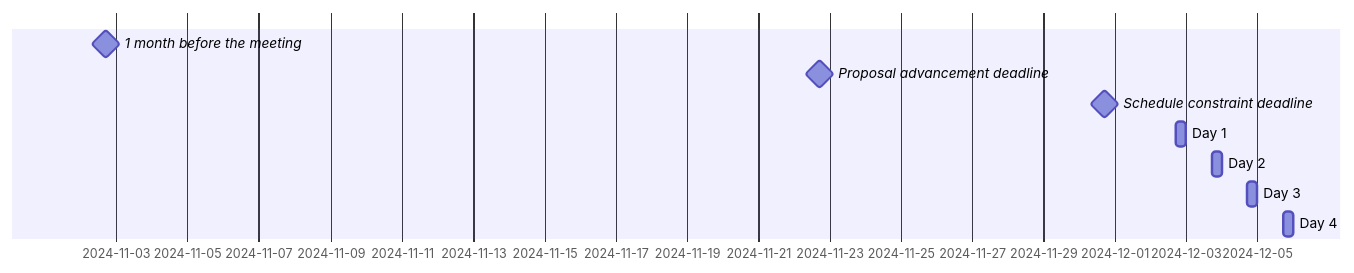
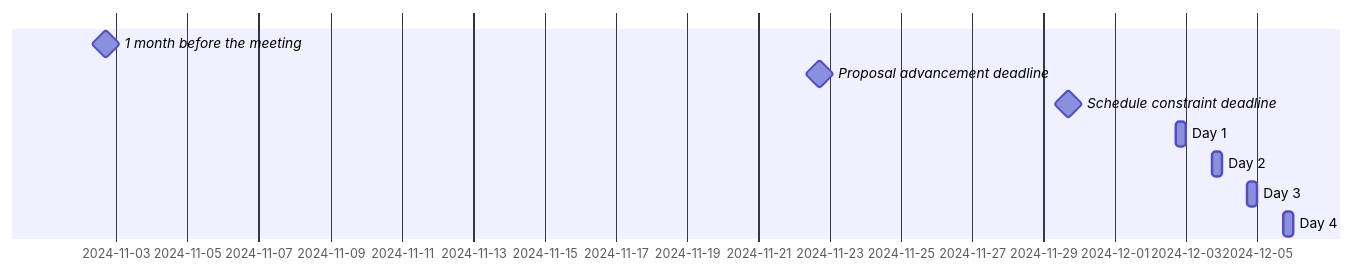
Before and after one commit to tc39/agendas: the diagram in 2024/12.md, drawn with Mermaid. The commit also changed 2 other files, not shown here.

Commit message:
2025.02: add skeleton

````diff
--- a/2024/12.md
+++ b/2024/12.md
@@ -14,11 +14,11 @@
 ```mermaid
 gantt
   1 month before the meeting: milestone, 2024-11-02 10:00-0700, 1m
   Proposal advancement deadline: milestone, 2024-11-22 10:00-0700, 1m
-  Schedule constraint deadline: milestone, 2024-11-30 10:00-0700, 1m
+  Schedule constraint deadline: milestone, 2024-11-29 10:00-0700, 1m
   Day 1 : day1, 2024-12-02 10:00-0700, 7h
   Day 2 : day2, 2024-12-03 10:00-0700, 7h
   Day 3 : day3, 2024-12-04 10:00-0700, 7h
   Day 4 : day4, 2024-12-05 10:00-0700, 7h
   todayMarker stroke-width:5px,stroke:#0f0,opacity:0.5
 ```
````
